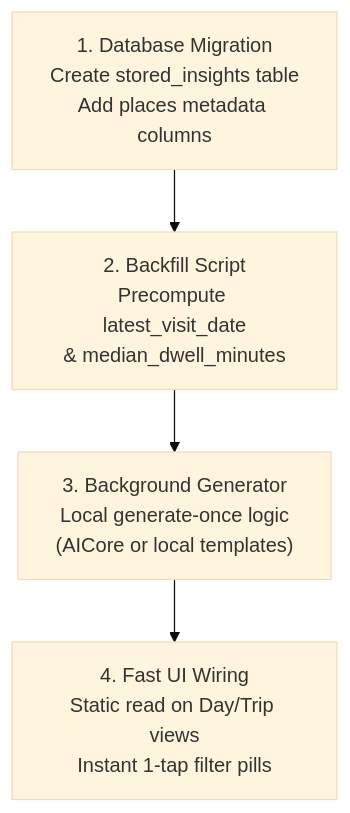
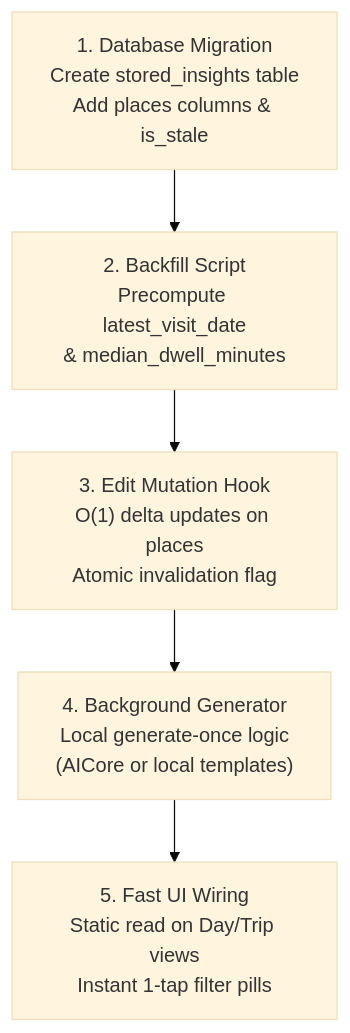
Before and after one commit to gregorrothfuss/mylifebits: the diagram in docs/TIMELINE_INTELLIGENCE_SPECIFICATION.md, drawn with Mermaid (base theme). The commit also changed other lines of this file, not shown here.

First line of the commit message:
docs(spec): add edit propagation and invalidation to intelligence spec

````diff
--- a/docs/TIMELINE_INTELLIGENCE_SPECIFICATION.md
+++ b/docs/TIMELINE_INTELLIGENCE_SPECIFICATION.md
@@ -218,6 +316,7 @@
 ```mermaid
 flowchart TD
-    S1["1. Database Migration<br>Create stored_insights table<br>Add places metadata columns"] --> S2["2. Backfill Script<br>Precompute latest_visit_date<br>& median_dwell_minutes"]
-    S2 --> S3["3. Background Generator<br>Local generate-once logic<br>(AICore or local templates)"]
-    S3 --> S4["4. Fast UI Wiring<br>Static read on Day/Trip views<br>Instant 1-tap filter pills"]
+    S1["1. Database Migration<br>Create stored_insights table<br>Add places columns & is_stale"] --> S2["2. Backfill Script<br>Precompute latest_visit_date<br>& median_dwell_minutes"]
+    S2 --> S3["3. Edit Mutation Hook<br>O(1) delta updates on places<br>Atomic invalidation flag"]
+    S3 --> S4["4. Background Generator<br>Local generate-once logic<br>(AICore or local templates)"]
+    S4 --> S5["5. Fast UI Wiring<br>Static read on Day/Trip views<br>Instant 1-tap filter pills"]
 ```
````
